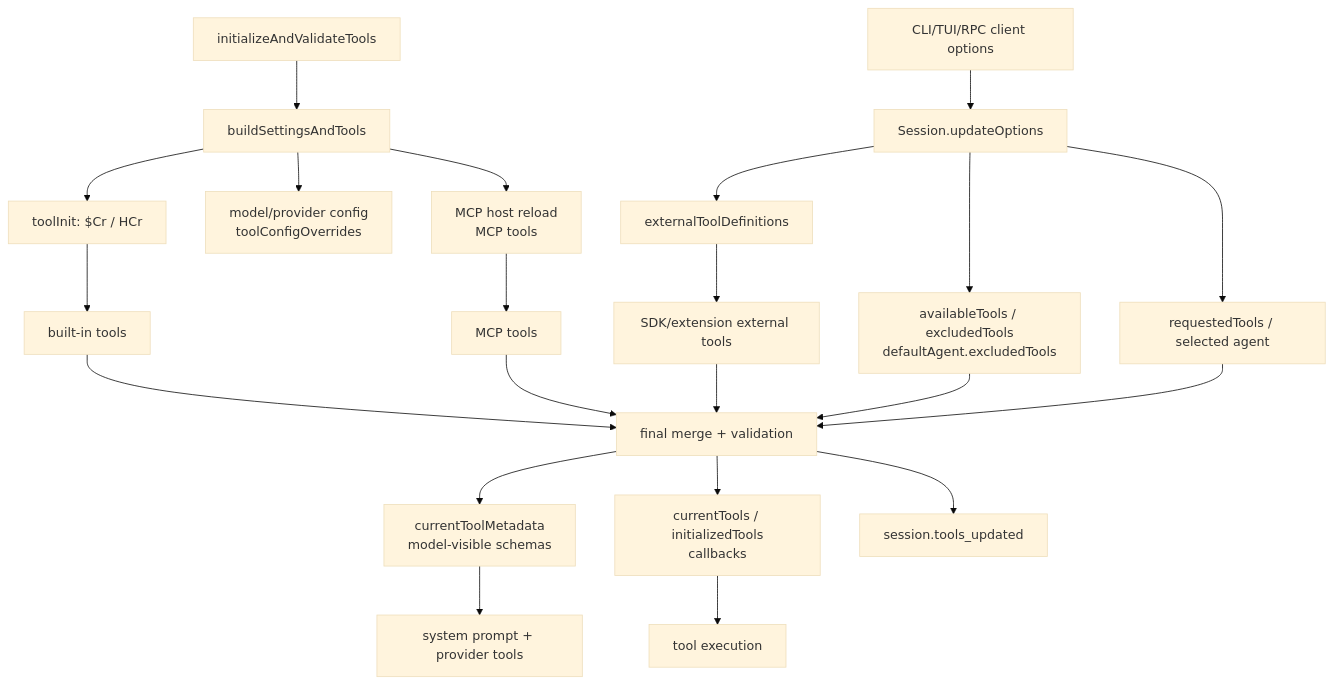
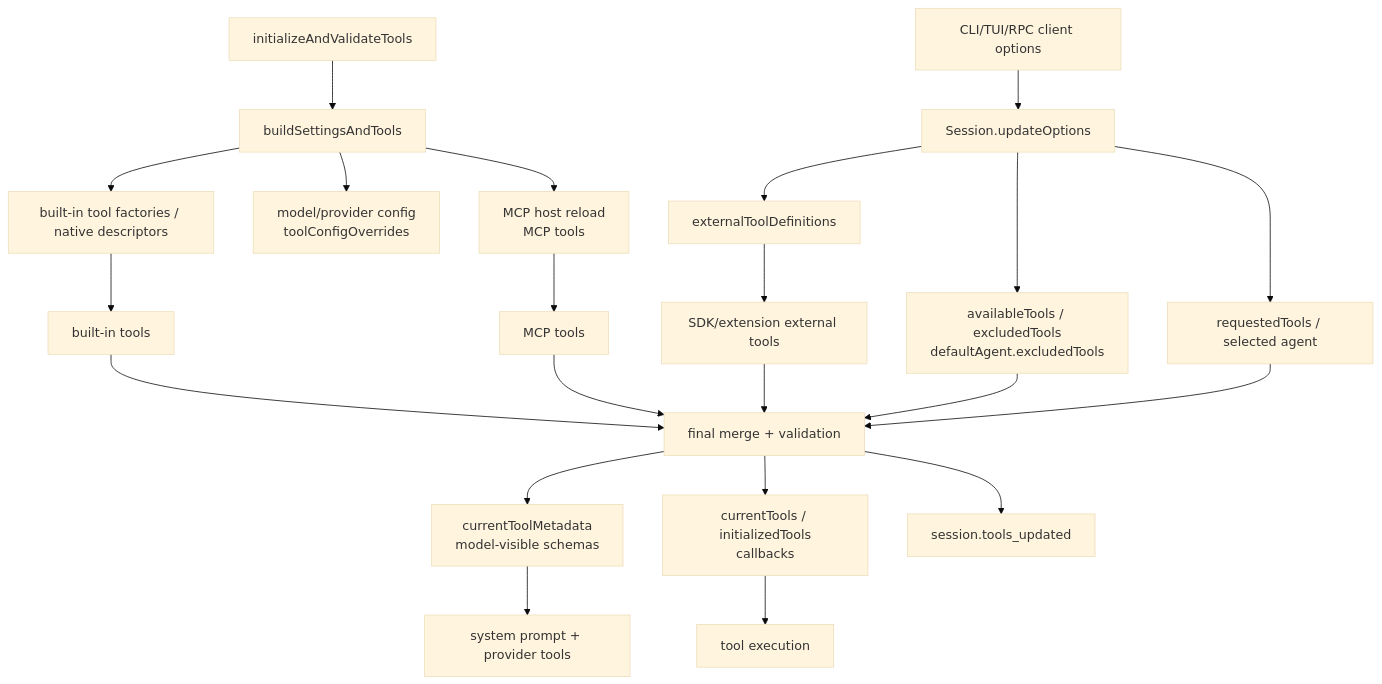
One commit to vibewatch/copilot-cli-internals changed the first of 3 diagrams in docs/03-tools-integrations-security/runtime-tool-assembly-and-filtering.md. Above: the diagram before and after it, drawn with Mermaid (base theme). The commit also changed other lines of this file and 46 other files, not shown here.

````diff
--- a/docs/03-tools-integrations-security/runtime-tool-assembly-and-filtering.md
+++ b/docs/03-tools-integrations-security/runtime-tool-assembly-and-filtering.md
@@ -37,28 +37,28 @@
 ```mermaid
 flowchart TD
     Client["CLI/TUI/RPC client options"] --> Update["Session.updateOptions"]
     Update --> Filters["availableTools / excludedTools\ndefaultAgent.excludedTools"]
     Update --> ExternalDefs["externalToolDefinitions"]
     Update --> Requested["requestedTools / selected agent"]
 
     Session["initializeAndValidateTools"] --> Build["buildSettingsAndTools"]
     Build --> ModelCfg["model/provider config\ntoolConfigOverrides"]
     Build --> Mcp["MCP host reload\nMCP tools"]
-    Build --> ToolInit["toolInit: $Cr / HCr"]
+    Build --> ToolInit["built-in tool factories / native descriptors"]
 
     ToolInit --> Builtins["built-in tools"]
     Mcp --> McpTools["MCP tools"]
     ExternalDefs --> ExternalTools["SDK/extension external tools"]
 
     Builtins --> Merge["final merge + validation"]
     McpTools --> Merge
     ExternalTools --> Merge
     Filters --> Merge
     Requested --> Merge
 
     Merge --> Metadata["currentToolMetadata\nmodel-visible schemas"]
     Merge --> RuntimeTools["currentTools / initializedTools\ncallbacks"]
     Metadata --> SystemPrompt["system prompt + provider tools"]
     RuntimeTools --> Executor["tool execution"]
     Merge --> Event["session.tools_updated"]
 ```
````
